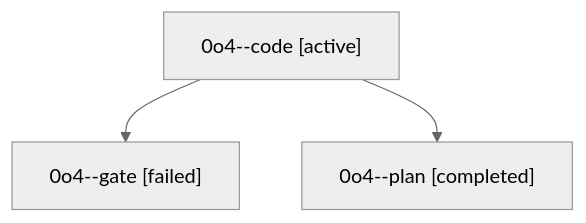
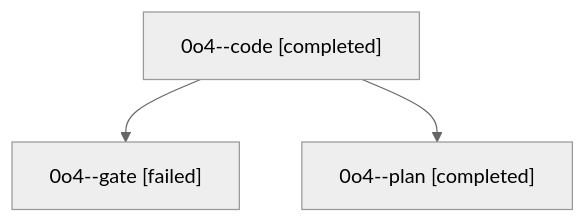
One commit to sase-org/sase--agents changed the diagram in sessions/bbugyi200.athena.0o4.md. Above: the diagram before and after it, drawn with Mermaid (neutral theme). The commit also changed other lines of this file and 6 other files, not shown here.

````diff
--- a/sessions/bbugyi200.athena.0o4.md
+++ b/sessions/bbugyi200.athena.0o4.md
@@ -9,8 +9,8 @@
 ```mermaid
 flowchart TD
-  n0["0o4--code [active]"]
+  n0["0o4--code [completed]"]
   n1["0o4--gate [failed]"]
   n0 --> n1
   n2["0o4--plan [completed]"]
   n0 --> n2
 ```
````
